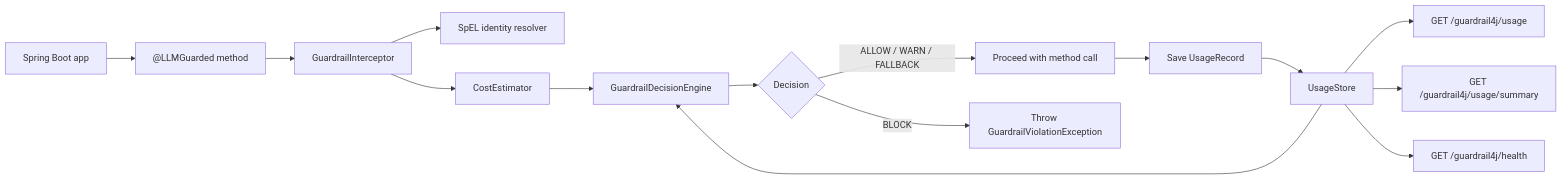
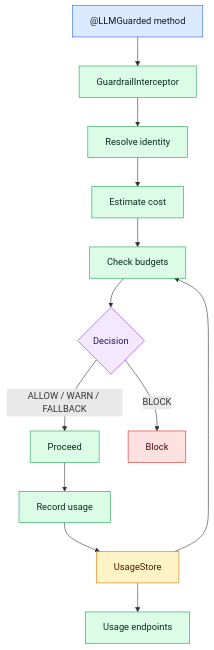
Before and after one commit to AbaSheger/guardrail4j: the diagram in README.md, drawn with Mermaid.

Commit message:
Improve README architecture diagram

````diff
--- a/README.md
+++ b/README.md
@@ -140,17 +140,33 @@
 ```mermaid
-flowchart LR
-    App["Spring Boot app"] --> Guarded["@LLMGuarded method"]
-    Guarded --> Interceptor["GuardrailInterceptor"]
-    Interceptor --> Spel["SpEL identity resolver"]
-    Interceptor --> Cost["CostEstimator"]
-    Cost --> Decision["GuardrailDecisionEngine"]
-    Store["UsageStore"] --> Decision
-    Decision --> Allow{"Decision"}
-    Allow -->|ALLOW / WARN / FALLBACK| Proceed["Proceed with method call"]
-    Allow -->|BLOCK| Block["Throw GuardrailViolationException"]
-    Proceed --> Record["Save UsageRecord"]
-    Record --> Store
-    Store --> Usage["GET /guardrail4j/usage"]
-    Store --> Summary["GET /guardrail4j/usage/summary"]
-    Store --> Health["GET /guardrail4j/health"]
+flowchart TD
+    A["@LLMGuarded method"]
+    B["GuardrailInterceptor"]
+    C["Resolve identity"]
+    D["Estimate cost"]
+    E["Check budgets"]
+    F["UsageStore"]
+    G{"Decision"}
+    H["Proceed"]
+    I["Block"]
+    J["Record usage"]
+    K["Usage endpoints"]
+
+    A --> B --> C --> D --> E --> G
+    F --> E
+    G -->|ALLOW / WARN / FALLBACK| H
+    G -->|BLOCK| I
+    H --> J --> F
+    F --> K
+
+    classDef app fill:#dbeafe,stroke:#2563eb,color:#0f172a;
+    classDef guard fill:#dcfce7,stroke:#16a34a,color:#052e16;
+    classDef store fill:#fef3c7,stroke:#d97706,color:#451a03;
+    classDef decision fill:#f3e8ff,stroke:#9333ea,color:#2e1065;
+    classDef block fill:#fee2e2,stroke:#dc2626,color:#450a0a;
+
+    class A app;
+    class B,C,D,E,H,J,K guard;
+    class F store;
+    class G decision;
+    class I block;
 ```
````
